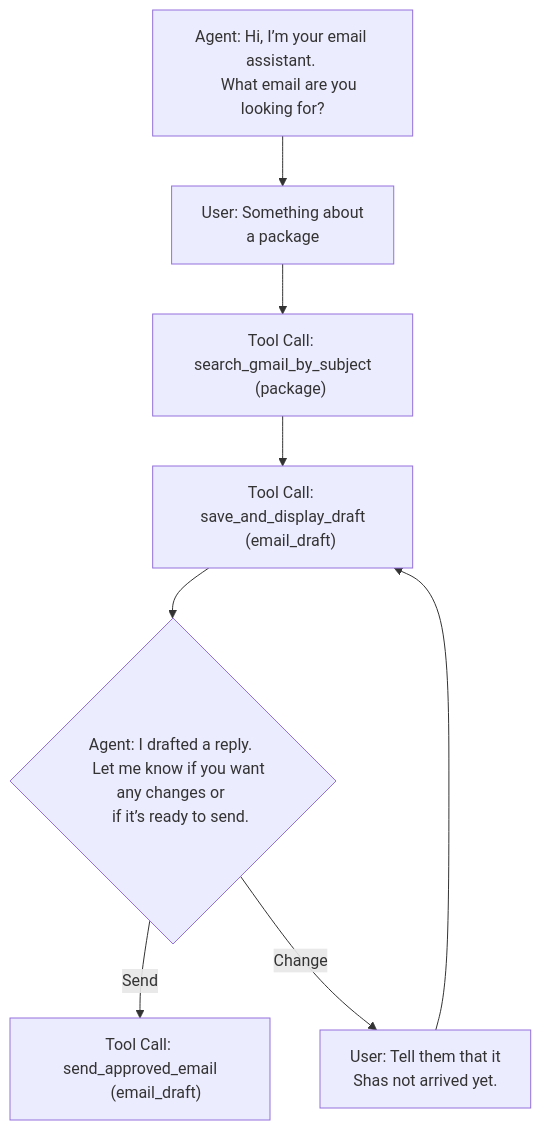
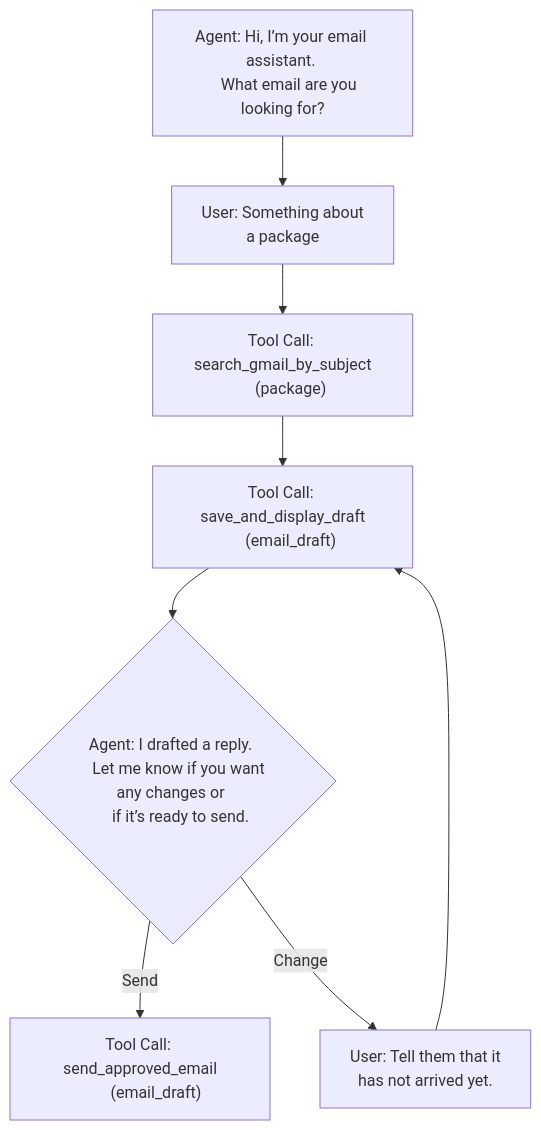
The diagram in README.md (BoratBorat10/Email_Response_Agent), drawn with Mermaid before and after one commit.

Commit message:
flowchart fix

````diff
--- a/README.md
+++ b/README.md
@@ -191,21 +191,21 @@
 ```mermaid
 flowchart TD;
     A["Agent: Hi, I’m your email assistant. 
     What email are you looking for?"] --> B["User: Something about
      a package"]
     B --> C["Tool Call: search_gmail_by_subject
     (package)"]
     C --> D["Tool Call: save_and_display_draft
     (email_draft)"]
 
     D --> E{"Agent: I drafted a reply. 
     Let me know if you want any changes or 
     if it’s ready to send."}
 
     E -->|Send| F["Tool Call: send_approved_email
         (email_draft)"]
     E -->|Change| G["User: Tell them that it 
-    Shas not arrived yet."]
+    has not arrived yet."]
 
     G --> D
 ```
````
